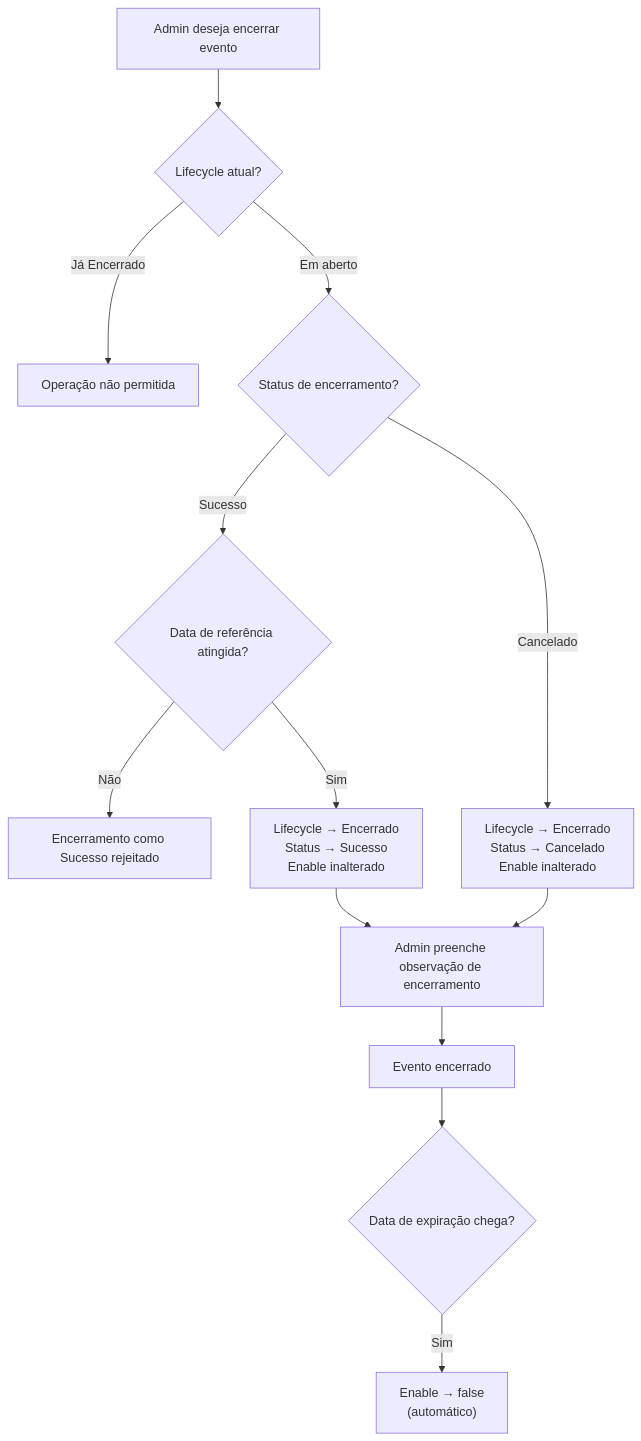
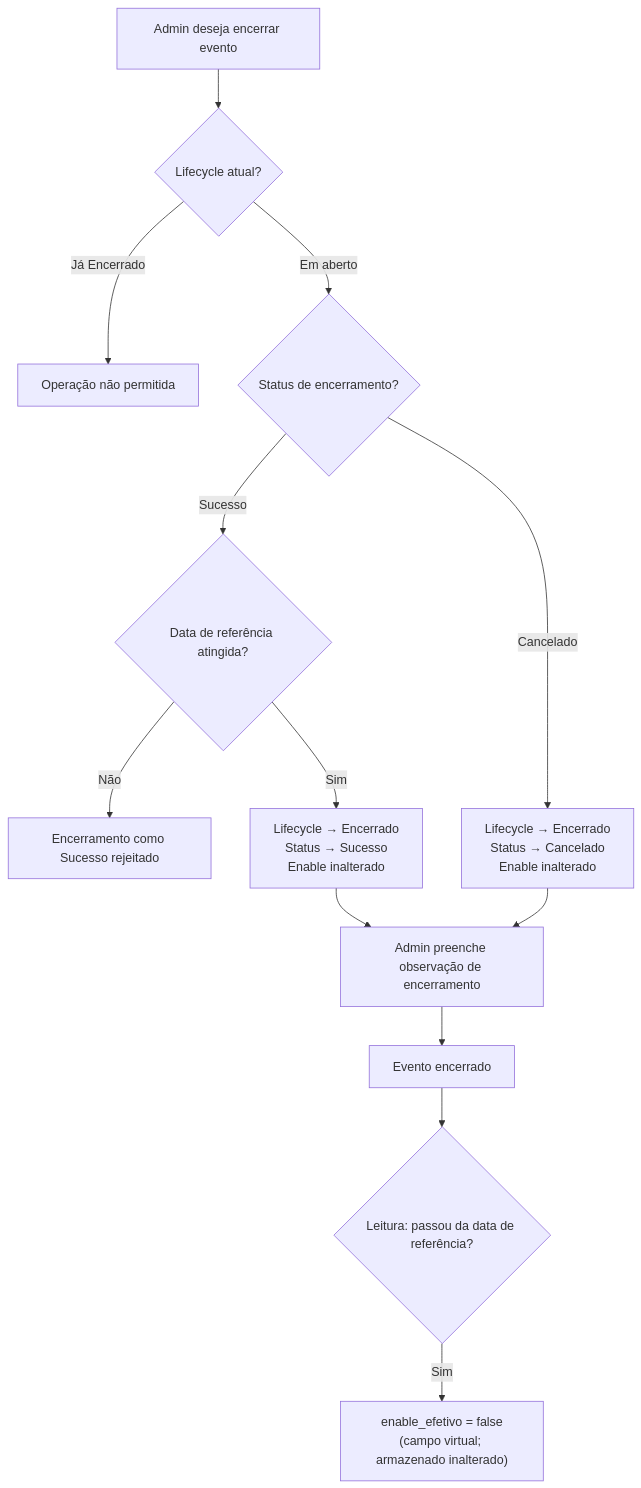
One commit to matheu5leone/karmaleoes-admin changed the second of 5 diagrams in modules/GESTAO_EVENTOS/FLOWCHART.md. Above: the diagram before and after it, drawn with Mermaid. The commit also changed other lines of this file and 10 other files, not shown here.

First line of the commit message:
docs: orçamento, revisões de spec e roadmap de desenvolvimento do Admin

````diff
--- a/modules/GESTAO_EVENTOS/FLOWCHART.md
+++ b/modules/GESTAO_EVENTOS/FLOWCHART.md
@@ -24,15 +24,15 @@
 ```mermaid
 flowchart TD
     A[Admin deseja encerrar evento] --> B{Lifecycle atual?}
     B -- Já Encerrado --> C[Operação não permitida]
     B -- Em aberto --> D{Status de encerramento?}
     D -- Sucesso --> E{Data de referência atingida?}
     E -- Não --> F[Encerramento como Sucesso rejeitado]
     E -- Sim --> G["Lifecycle → Encerrado\nStatus → Sucesso\nEnable inalterado"]
     D -- Cancelado --> H["Lifecycle → Encerrado\nStatus → Cancelado\nEnable inalterado"]
     G --> I[Admin preenche observação de encerramento]
     H --> I
     I --> J[Evento encerrado]
-    J --> K{Data de expiração chega?}
-    K -- Sim --> L["Enable → false\n(automático)"]
+    J --> K{"Leitura: passou da data de referência?"}
+    K -- Sim --> L["enable_efetivo = false\n(campo virtual; armazenado inalterado)"]
 ```
````
